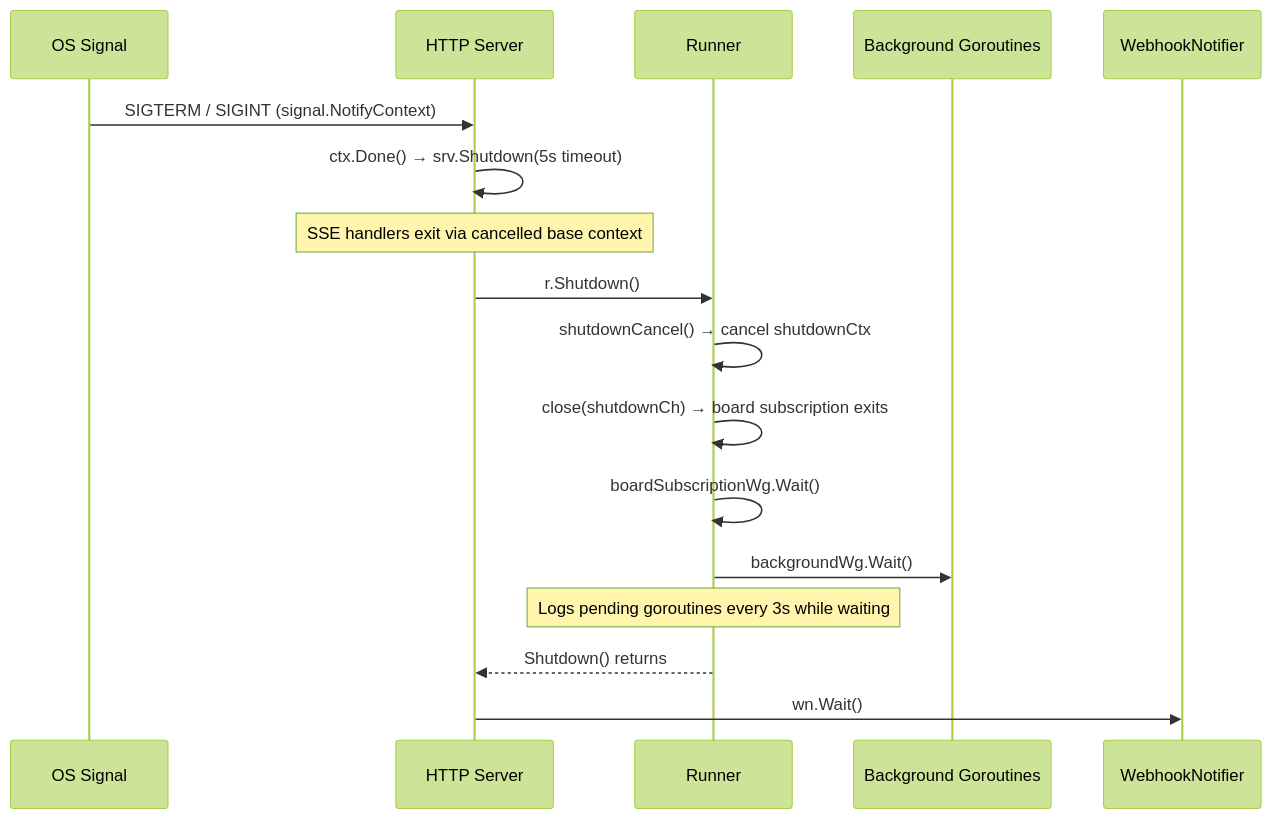
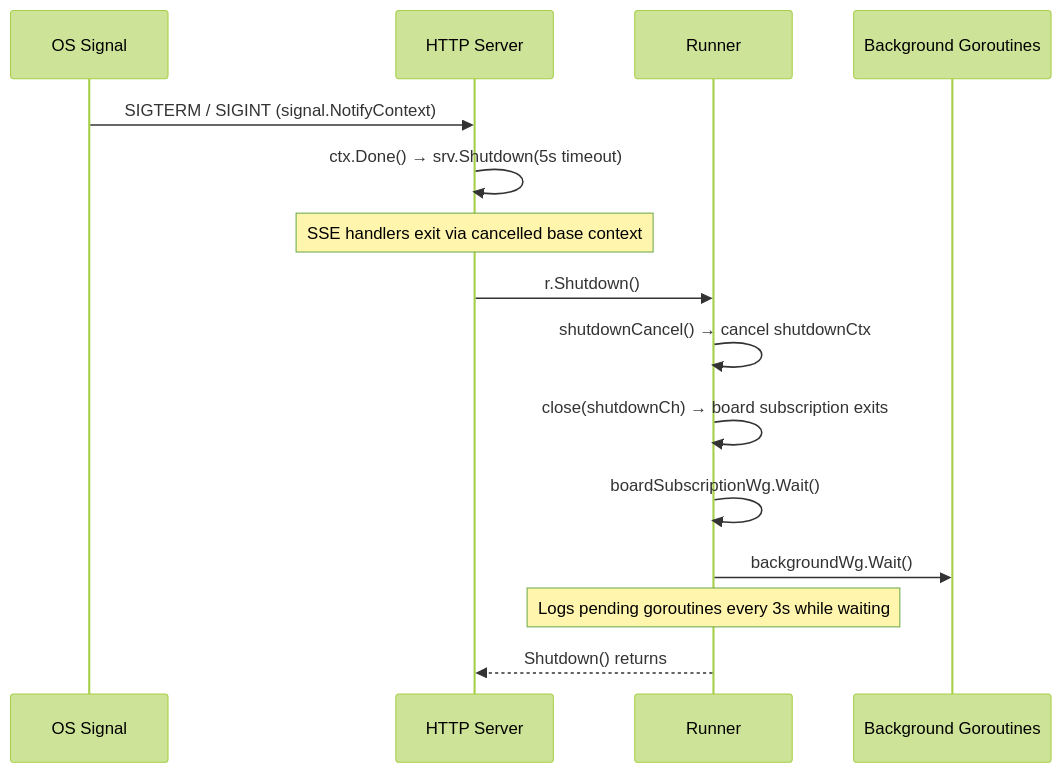
Before and after one commit to changkun/wallfacer: the sixth of 6 diagrams in docs/internals/architecture.md, drawn with Mermaid (forest theme). The commit also changed other lines of this file and 26 other files, not shown here.

````diff
--- a/docs/internals/architecture.md
+++ b/docs/internals/architecture.md
@@ -251,20 +251,18 @@
 ```mermaid
 sequenceDiagram
     participant Sig as OS Signal
     participant Srv as HTTP Server
     participant R as Runner
     participant BG as Background Goroutines
-    participant WH as WebhookNotifier
 
     Sig->>Srv: SIGTERM / SIGINT (signal.NotifyContext)
     Srv->>Srv: ctx.Done() → srv.Shutdown(5s timeout)
     Note over Srv: SSE handlers exit via cancelled base context
     Srv->>R: r.Shutdown()
     R->>R: shutdownCancel() → cancel shutdownCtx
     R->>R: close(shutdownCh) → board subscription exits
     R->>R: boardSubscriptionWg.Wait()
     R->>BG: backgroundWg.Wait()
     Note over R: Logs pending goroutines every 3s while waiting
     R-->>Srv: Shutdown() returns
-    Srv->>WH: wn.Wait()
 ```
````
